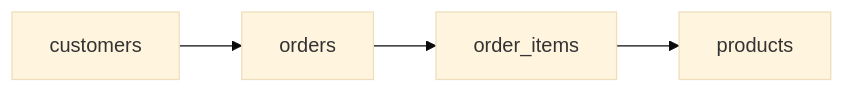
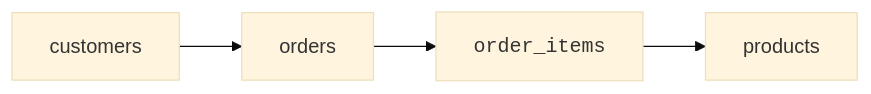
The fifth of 7 diagrams in content/learn/sqlite-for-beginners/spreadsheets-vs-databases.mdx (dataslope/dataslope), drawn with Mermaid (base theme) before and after one commit. The commit also changed 153 other files, not shown here.

First line of the commit message:
Render code-only mermaid shapes in monospace; convert step sequences to Steps

````diff
--- a/content/learn/sqlite-for-beginners/spreadsheets-vs-databases.mdx
+++ b/content/learn/sqlite-for-beginners/spreadsheets-vs-databases.mdx
@@ -114,6 +114,6 @@
 ```mermaid
 flowchart LR
     C["customers"] --> O["orders"]
-    O --> I["order_items"]
+    O --> I["<code>order_items</code>"]
     I --> P["products"]
 ```
````
